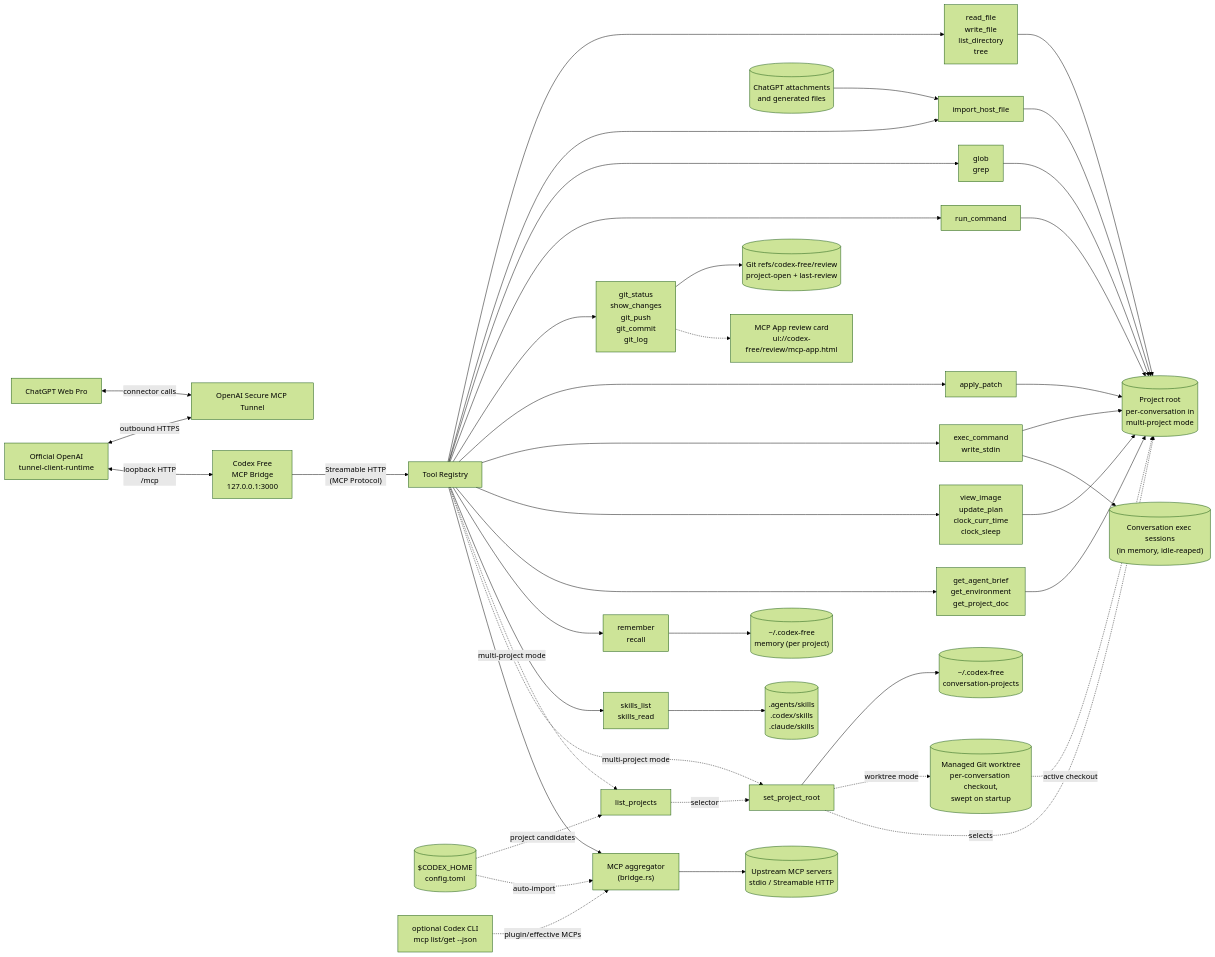
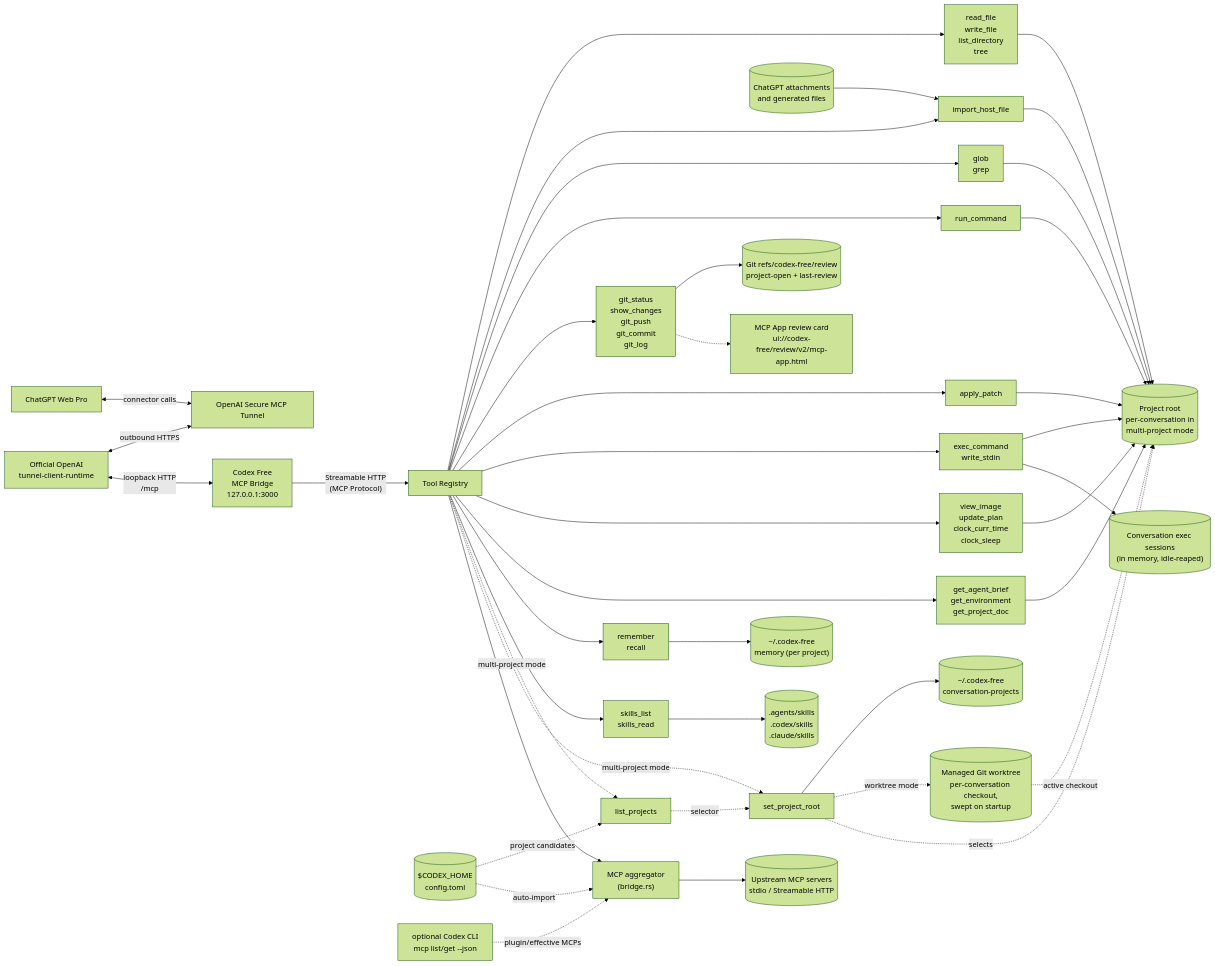
Before and after one commit to devnoname120/codex-free: the diagram in README.md, drawn with Mermaid (forest theme). The commit also changed other lines of this file and 13 other files, not shown here.

````diff
--- a/README.md
+++ b/README.md
@@ -17,79 +17,79 @@
 ```mermaid
 flowchart LR
     ChatGPT["ChatGPT Web Pro"]
     OpenAITunnel["OpenAI Secure MCP Tunnel"]
     TunnelClient["Official OpenAI\ntunnel-client-runtime"]
     Server["Codex Free\nMCP Bridge\n127.0.0.1:3000"]
     Tools["Tool Registry"]
 
     FS["read_file\nwrite_file\nlist_directory\ntree"]
     Ingress["import_host_file"]
     Search["glob\ngrep"]
     Shell["run_command"]
     Git["git_status\nshow_changes\ngit_push\ngit_commit\ngit_log"]
     Edit["apply_patch"]
     Exec["exec_command\nwrite_stdin"]
     Agent["view_image\nupdate_plan\nclock_curr_time\nclock_sleep"]
     Env["get_agent_brief\nget_environment\nget_project_doc"]
     Mem["remember\nrecall"]
     Skills["skills_list\nskills_read"]
     ListProjects["list_projects"]
     SetRoot["set_project_root"]
     Bridge["MCP aggregator\n(bridge.rs)"]
     WorkDir[("Project root\nper-conversation in\nmulti-project mode")]
     HostFiles[("ChatGPT attachments\nand generated files")]
     State[("~/.codex-free\nmemory (per project)")]
     Bindings[("~/.codex-free\nconversation-projects")]
     Worktree[("Managed Git worktree\nper-conversation checkout,\nswept on startup")]
     ExecSessions[("Conversation exec sessions\n(in memory, idle-reaped)")]
     ReviewRefs[("Git refs/codex-free/review\nproject-open + last-review")]
-    ReviewUI["MCP App review card\nui://codex-free/review/mcp-app.html"]
+    ReviewUI["MCP App review card\nui://codex-free/review/v2/mcp-app.html"]
     SkillDirs[(".agents/skills\n.codex/skills\n.claude/skills")]
     CodexCfg[("$CODEX_HOME\nconfig.toml")]
     CodexCli["optional Codex CLI\nmcp list/get --json"]
     Upstream[("Upstream MCP servers\nstdio / Streamable HTTP")]
 
     ChatGPT <-->|"connector calls"| OpenAITunnel
     TunnelClient <-->|"outbound HTTPS"| OpenAITunnel
     TunnelClient <-->|"loopback HTTP\n/mcp"| Server
     Server -- "Streamable HTTP\n(MCP Protocol)" --> Tools
 
     Tools --> FS
     Tools --> Ingress
     Tools --> Search
     Tools --> Shell
     Tools --> Git
     Tools --> Edit
     Tools --> Exec
     Tools --> Agent
     Tools --> Env
     Tools --> Mem
     Tools --> Skills
     Tools -.->|"multi-project mode"| ListProjects
     Tools -.->|"multi-project mode"| SetRoot
     Tools --> Bridge
 
     FS --> WorkDir
     HostFiles --> Ingress
     Ingress --> WorkDir
     Search --> WorkDir
     Shell --> WorkDir
     Edit --> WorkDir
     Exec --> WorkDir
     Agent --> WorkDir
     Env --> WorkDir
     Mem --> State
     Skills --> SkillDirs
     ListProjects -.->|"selector"| SetRoot
     SetRoot --> Bindings
     SetRoot -.->|"worktree mode"| Worktree
     Worktree -.->|"active checkout"| WorkDir
     Exec --> ExecSessions
     Git --> ReviewRefs
     Git -.-> ReviewUI
     SetRoot -.->|"selects"| WorkDir
     CodexCfg -.->|"project candidates"| ListProjects
     CodexCfg -.->|"auto-import"| Bridge
     CodexCli -.->|"plugin/effective MCPs"| Bridge
     Bridge --> Upstream
 ```
````
